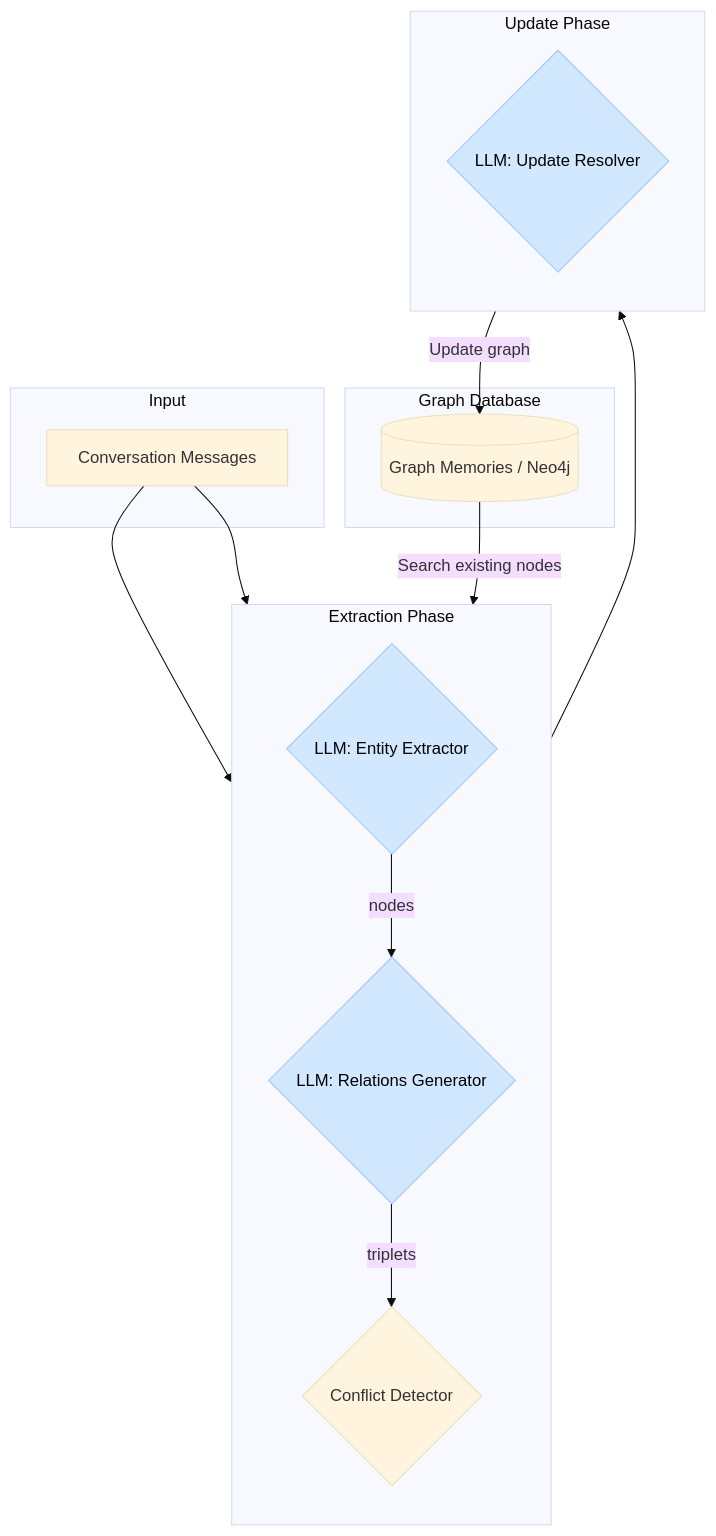
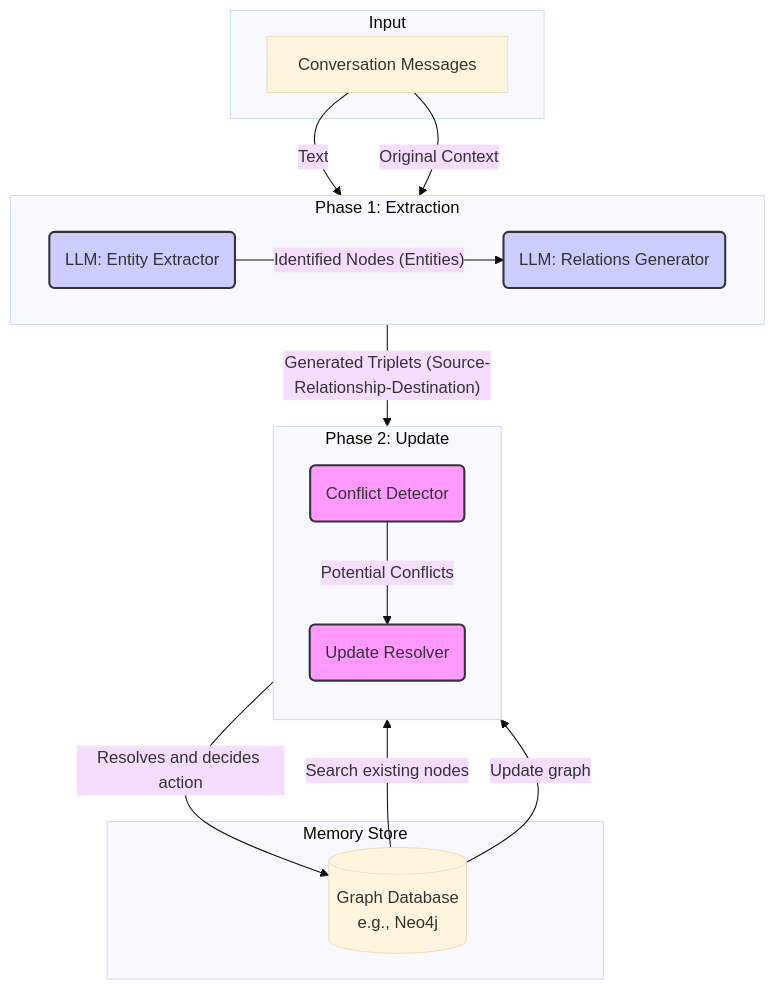
The second of 2 diagrams in breakdown/mem0.md (dwarvesf/research), drawn with Mermaid (base theme) before and after one commit. The commit also changed other lines of this file and 3 other files, not shown here.

````diff
--- a/breakdown/mem0.md
+++ b/breakdown/mem0.md
@@ -83,28 +149,36 @@
 ```mermaid
 graph TD
-    subgraph "Input"
-        Messages[Conversation Messages]
-    end
-    subgraph "Graph Database"
-        GraphDB[(Graph Memories / Neo4j)]
-    end
-    subgraph "Extraction Phase"
-        direction TB
-        ExtractorLLM{LLM: Entity Extractor}
-        RelationsLLM{LLM: Relations Generator}
-        Messages --> ExtractorLLM
-        ExtractorLLM -- "nodes" --> RelationsLLM
-        Messages --> RelationsLLM
-        RelationsLLM -- "triplets" --> ConflictDetector
-    end
-    subgraph "Update Phase"
-        direction TB
-        ConflictDetector{Conflict Detector}
-        UpdateResolver{LLM: Update Resolver}
-        ConflictDetector --> UpdateResolver
-    end
-    GraphDB -- "Search existing nodes" --> ConflictDetector
-    UpdateResolver -- "Update graph" --> GraphDB
-    classDef highlight fill:#D1E8FF,stroke:#A1C4FD,stroke-width:1px,color:#000
-    class ExtractorLLM,RelationsLLM,UpdateResolver highlight
+  subgraph "Input"
+    A[Conversation Messages]
+  end
+
+  subgraph "Phase 1: Extraction"
+    direction LR
+    B(LLM: Entity Extractor)
+    C(LLM: Relations Generator)
+  end
+
+  subgraph "Phase 2: Update"
+    direction TB
+    D(Conflict Detector)
+    E(Update Resolver)
+  end
+
+  subgraph "Memory Store"
+    F[(Graph Database <br> e.g., Neo4j)]
+  end
+
+  A -- "Text" --> B
+  B -- "Identified Nodes (Entities)" --> C
+  A -- "Original Context" --> C
+  C -- "Generated Triplets (Source-Relationship-Destination)" --> D
+  F -- "Search existing nodes" --> D
+  D -- "Potential Conflicts" --> E
+  E -- "Resolves and decides action" --> F
+  F -- "Update graph" --> E
+
+  style B fill:#ccf,stroke:#333,stroke-width:2px
+  style C fill:#ccf,stroke:#333,stroke-width:2px
+  style D fill:#f9f,stroke:#333,stroke-width:2px
+  style E fill:#f9f,stroke:#333,stroke-width:2px
 ```
````
